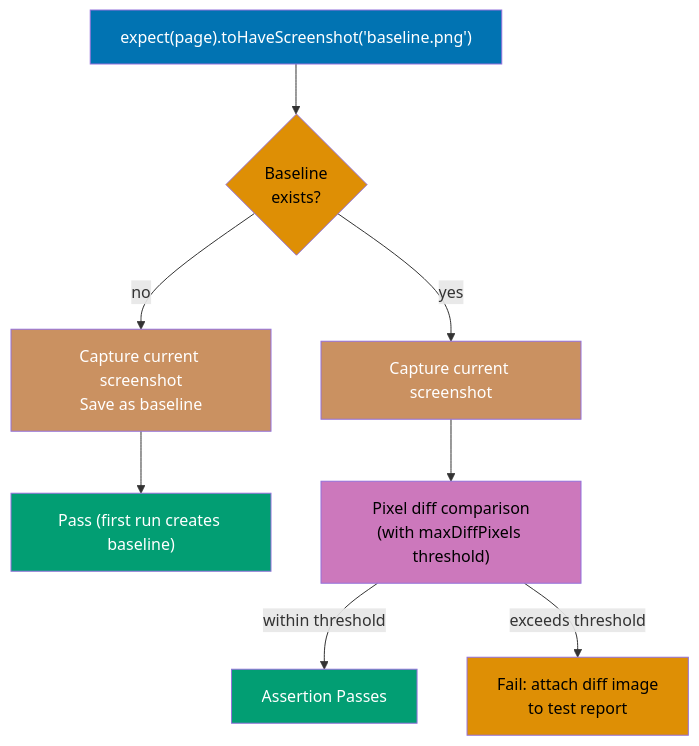
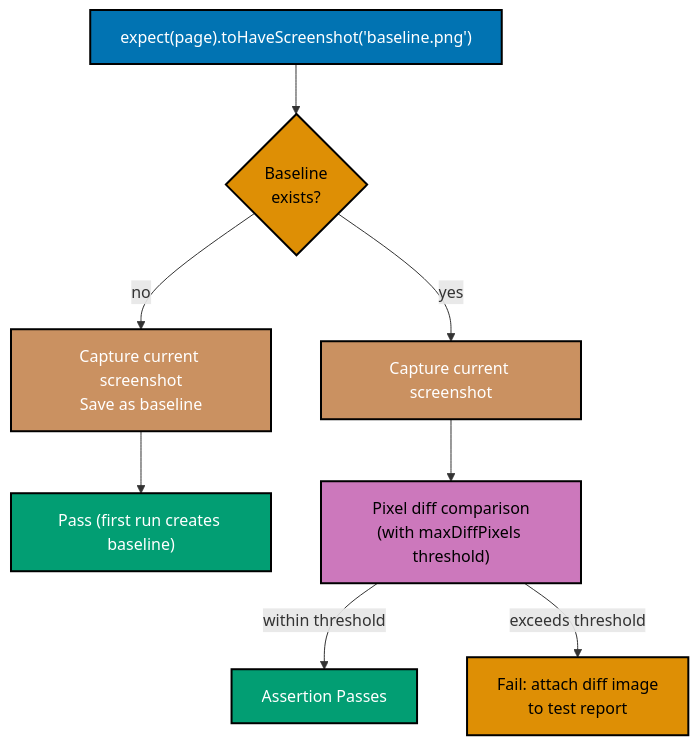
The fourth of 15 diagrams in apps/ayokoding-web/content/en/learn/software-engineering/automation-testing/tools/playwright/by-example/intermediate.md (wahidyankf/open-sharia-enterprise), drawn with Mermaid before and after one commit. The commit also changed other lines of this file and 25 other files, not shown here.

````diff
--- a/apps/ayokoding-web/content/en/learn/software-engineering/automation-testing/tools/playwright/by-example/intermediate.md
+++ b/apps/ayokoding-web/content/en/learn/software-engineering/automation-testing/tools/playwright/by-example/intermediate.md
@@ -742,20 +742,20 @@
 ```mermaid
 %% Color Palette: Blue #0173B2, Orange #DE8F05, Teal #029E73, Purple #CC78BC, Brown #CA9161
 graph TD
     Assert["expect(page).toHaveScreenshot('baseline.png')"] --> FirstRun{"Baseline<br/>exists?"}
     FirstRun -->|no| CreateBase["Capture current screenshot<br/>Save as baseline"]
     FirstRun -->|yes| Capture["Capture current screenshot"]
     CreateBase --> PassFirst["Pass (first run creates baseline)"]
     Capture --> Diff["Pixel diff comparison<br/>(with maxDiffPixels threshold)"]
     Diff -->|"within threshold"| Pass["Assertion Passes"]
     Diff -->|"exceeds threshold"| Fail["Fail: attach diff image<br/>to test report"]
 
-    style Assert fill:#0173B2,color:#fff
-    style FirstRun fill:#DE8F05,color:#000
-    style CreateBase fill:#CA9161,color:#fff
-    style Capture fill:#CA9161,color:#fff
-    style PassFirst fill:#029E73,color:#fff
-    style Diff fill:#CC78BC,color:#000
-    style Pass fill:#029E73,color:#fff
-    style Fail fill:#DE8F05,color:#000
+    style Assert fill:#0173B2,stroke:#000000,stroke-width:2px,color:#fff
+    style FirstRun fill:#DE8F05,stroke:#000000,stroke-width:2px,color:#000
+    style CreateBase fill:#CA9161,stroke:#000000,stroke-width:2px,color:#fff
+    style Capture fill:#CA9161,stroke:#000000,stroke-width:2px,color:#fff
+    style PassFirst fill:#029E73,stroke:#000000,stroke-width:2px,color:#fff
+    style Diff fill:#CC78BC,stroke:#000000,stroke-width:2px,color:#000
+    style Pass fill:#029E73,stroke:#000000,stroke-width:2px,color:#fff
+    style Fail fill:#DE8F05,stroke:#000000,stroke-width:2px,color:#000
 ```
````
